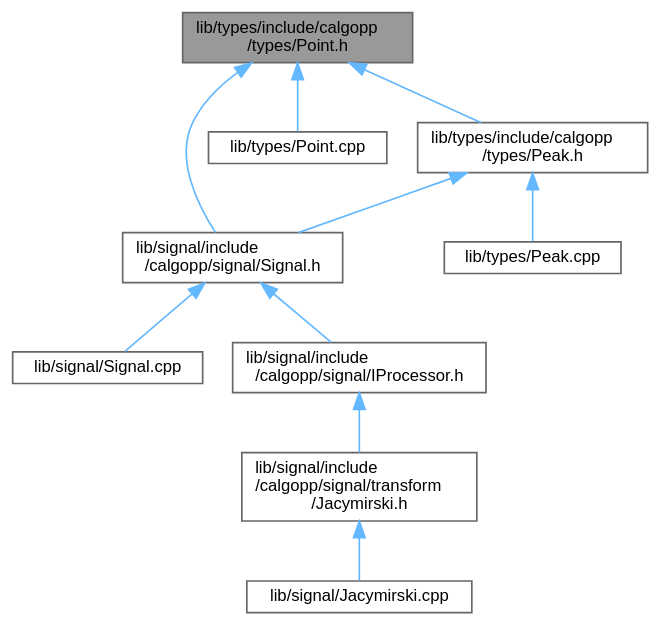
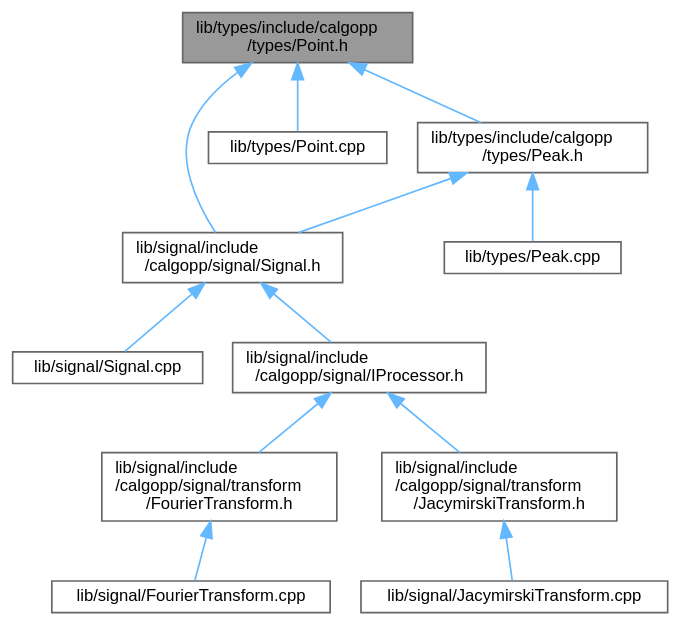
Before and after one commit to pawelekg95/algopp: the diagram in Point_8h__dep__incl.dot, drawn with Graphviz. The commit also changed 190 other files, not shown here.

```diff
--- a/Point_8h__dep__incl.dot
+++ b/Point_8h__dep__incl.dot
@@ -1,25 +1,29 @@
 digraph "lib/types/include/calgopp/types/Point.h"
 {
  // LATEX_PDF_SIZE
   bgcolor="transparent";
   edge [fontname=Helvetica,fontsize=10,labelfontname=Helvetica,labelfontsize=10];
   node [fontname=Helvetica,fontsize=10,shape=box,height=0.2,width=0.4];
   Node1 [label="lib/types/include/calgopp\l/types/Point.h",height=0.2,width=0.4,color="gray40", fillcolor="grey60", style="filled", fontcolor="black",tooltip=" "];
   Node1 -> Node2 [dir="back",color="steelblue1",style="solid"];
   Node2 [label="lib/signal/include\l/calgopp/signal/Signal.h",height=0.2,width=0.4,color="grey40", fillcolor="white", style="filled",URL="$Signal_8h.html",tooltip=" "];
   Node2 -> Node3 [dir="back",color="steelblue1",style="solid"];
   Node3 [label="lib/signal/Signal.cpp",height=0.2,width=0.4,color="grey40", fillcolor="white", style="filled",URL="$Signal_8cpp.html",tooltip=" "];
   Node2 -> Node4 [dir="back",color="steelblue1",style="solid"];
   Node4 [label="lib/signal/include\l/calgopp/signal/IProcessor.h",height=0.2,width=0.4,color="grey40", fillcolor="white", style="filled",URL="$IProcessor_8h.html",tooltip=" "];
   Node4 -> Node5 [dir="back",color="steelblue1",style="solid"];
-  Node5 [label="lib/signal/include\l/calgopp/signal/transform\l/Jacymirski.h",height=0.2,width=0.4,color="grey40", fillcolor="white", style="filled",URL="$Jacymirski_8h.html",tooltip=" "];
+  Node5 [label="lib/signal/include\l/calgopp/signal/transform\l/FourierTransform.h",height=0.2,width=0.4,color="grey40", fillcolor="white", style="filled",URL="$FourierTransform_8h.html",tooltip=" "];
   Node5 -> Node6 [dir="back",color="steelblue1",style="solid"];
-  Node6 [label="lib/signal/Jacymirski.cpp",height=0.2,width=0.4,color="grey40", fillcolor="white", style="filled",URL="$Jacymirski_8cpp.html",tooltip=" "];
-  Node1 -> Node7 [dir="back",color="steelblue1",style="solid"];
-  Node7 [label="lib/types/Point.cpp",height=0.2,width=0.4,color="grey40", fillcolor="white", style="filled",URL="$Point_8cpp.html",tooltip=" "];
-  Node1 -> Node8 [dir="back",color="steelblue1",style="solid"];
-  Node8 [label="lib/types/include/calgopp\l/types/Peak.h",height=0.2,width=0.4,color="grey40", fillcolor="white", style="filled",URL="$Peak_8h.html",tooltip=" "];
-  Node8 -> Node2 [dir="back",color="steelblue1",style="solid"];
-  Node8 -> Node9 [dir="back",color="steelblue1",style="solid"];
-  Node9 [label="lib/types/Peak.cpp",height=0.2,width=0.4,color="grey40", fillcolor="white", style="filled",URL="$Peak_8cpp.html",tooltip=" "];
+  Node6 [label="lib/signal/FourierTransform.cpp",height=0.2,width=0.4,color="grey40", fillcolor="white", style="filled",URL="$FourierTransform_8cpp.html",tooltip=" "];
+  Node4 -> Node7 [dir="back",color="steelblue1",style="solid"];
+  Node7 [label="lib/signal/include\l/calgopp/signal/transform\l/JacymirskiTransform.h",height=0.2,width=0.4,color="grey40", fillcolor="white", style="filled",URL="$JacymirskiTransform_8h.html",tooltip=" "];
+  Node7 -> Node8 [dir="back",color="steelblue1",style="solid"];
+  Node8 [label="lib/signal/JacymirskiTransform.cpp",height=0.2,width=0.4,color="grey40", fillcolor="white", style="filled",URL="$JacymirskiTransform_8cpp.html",tooltip=" "];
+  Node1 -> Node9 [dir="back",color="steelblue1",style="solid"];
+  Node9 [label="lib/types/Point.cpp",height=0.2,width=0.4,color="grey40", fillcolor="white", style="filled",URL="$Point_8cpp.html",tooltip=" "];
+  Node1 -> Node10 [dir="back",color="steelblue1",style="solid"];
+  Node10 [label="lib/types/include/calgopp\l/types/Peak.h",height=0.2,width=0.4,color="grey40", fillcolor="white", style="filled",URL="$Peak_8h.html",tooltip=" "];
+  Node10 -> Node2 [dir="back",color="steelblue1",style="solid"];
+  Node10 -> Node11 [dir="back",color="steelblue1",style="solid"];
+  Node11 [label="lib/types/Peak.cpp",height=0.2,width=0.4,color="grey40", fillcolor="white", style="filled",URL="$Peak_8cpp.html",tooltip=" "];
 }
```
